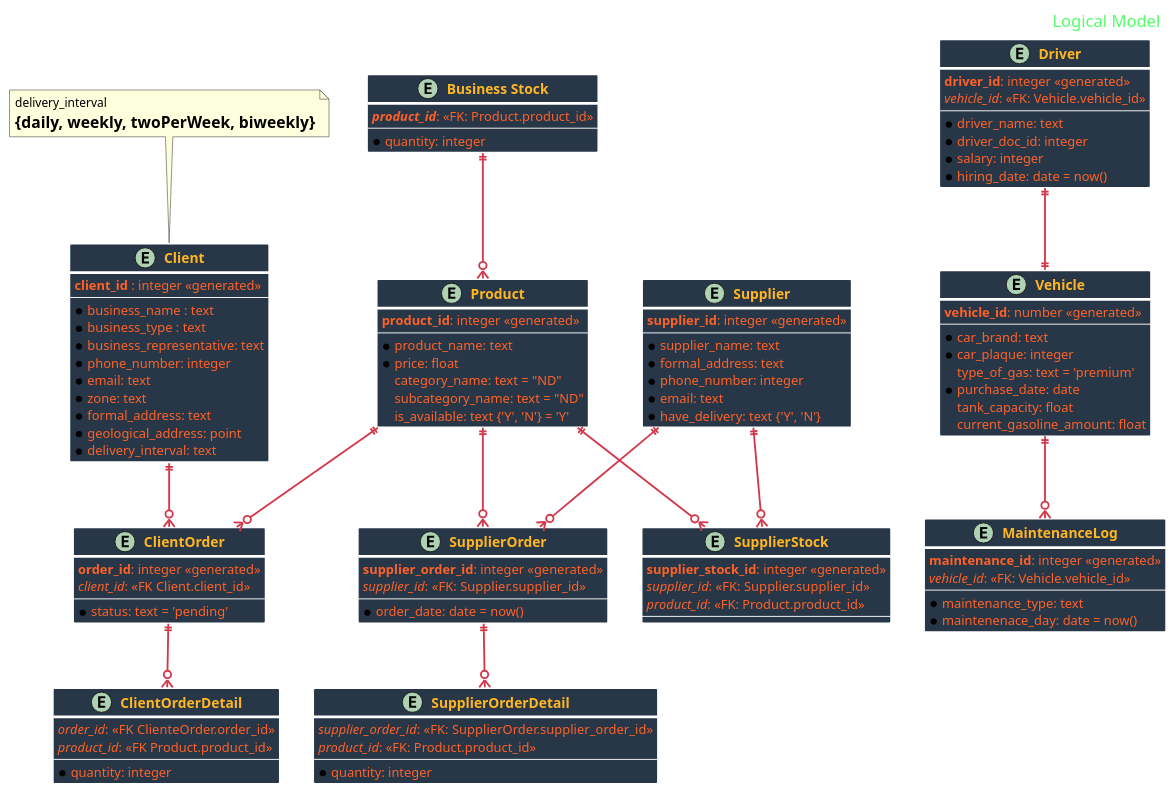
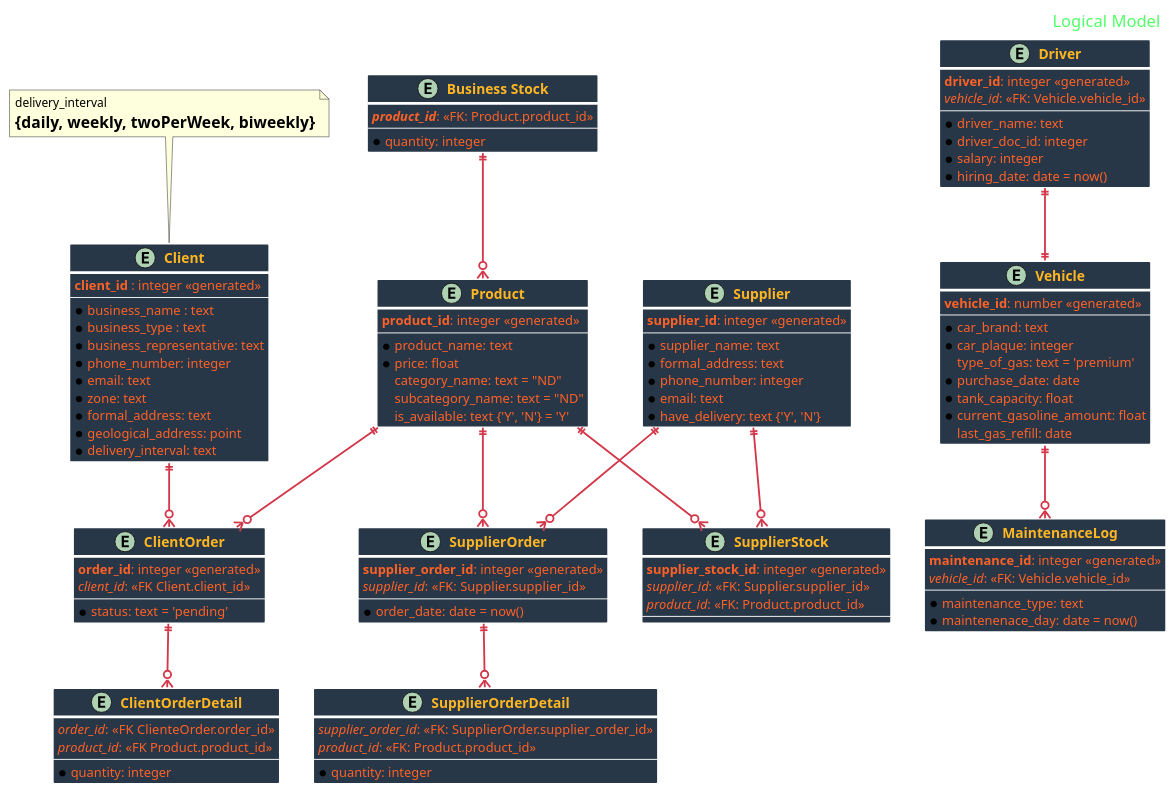
Before and after one commit to hros19/CorreCaminos-management-system: the diagram in logical_diagram.puml, drawn with PlantUML.

```diff
--- a/logical_diagram.puml
+++ b/logical_diagram.puml
@@ -1,145 +1,146 @@
 @startuml Logical Database Model
 
 skinparam BackgroundColor transparent
 
 skinparam HeaderFontColor #52FF69
 skinparam HeaderFontSize 18
 
 skinparam ArrowFontSize 15
 skinparam ArrowColor D3374A
 skinparam ArrowThickness 2
 skinparam ArrowFontColor #3FD0C4
 
 skinparam ClassBorderColor white
 skinparam ClassBorderThickness 3
 skinparam ClassAttributeFontSize 14
 skinparam ClassAttributeFontColor FF6127
 skinparam ClassBackgroundColor #283747
 skinparam ClassFontSize 15
 skinparam ClassFontStyle Bold
 skinparam ClassFontColor #FFB623
 
 
 header Logical Model
 
 entity "Client" as Client {
   **client_id** : integer <<generated>>
   --
   *business_name : text
   *business_type : text
   *business_representative: text
   *phone_number: integer
   *email: text
   *zone: text
   *formal_address: text
   *geological_address: point
   *delivery_interval: text
 }
 note top
   delivery_interval 
   = {daily, weekly, twoPerWeek, biweekly}
 end note
 
 entity "Vehicle" as Vehicle {
     **vehicle_id**: number <<generated>>
     --
     *car_brand: text
     *car_plaque: integer
     type_of_gas: text = 'premium'
     *purchase_date: date
-    tank_capacity: float
-    current_gasoline_amount: float
+    *tank_capacity: float
+    *current_gasoline_amount: float
+    last_gas_refill: date
 }
 
 entity "MaintenanceLog" as MaintenanceLog {
     **maintenance_id**: integer <<generated>>
      //vehicle_id//: <<FK: Vehicle.vehicle_id>> 
     --
     *maintenance_type: text
     *maintenenace_day: date = now()
 }
 
 entity "Driver" as Driver {
     **driver_id**: integer <<generated>>
     //vehicle_id//: <<FK: Vehicle.vehicle_id>>
     --
     *driver_name: text
     *driver_doc_id: integer
     *salary: integer
     *hiring_date: date = now()
 }
 
 entity "ClientOrder" as OrderC{
     **order_id**: integer <<generated>>
     //client_id//: <<FK Client.client_id>>
     --
     *status: text = 'pending'
 }
 
 entity "ClientOrderDetail" as OrderDetail {
     //order_id//: <<FK ClienteOrder.order_id>>
     //product_id//: <<FK Product.product_id>>
     --
     *quantity: integer
 }
 
 entity "Business Stock" as BusinessStock {
     **//product_id//**: <<FK: Product.product_id>>
     --
     *quantity: integer
 }
 
 entity "Supplier" as Supplier {
     **supplier_id**: integer <<generated>>
     --
     *supplier_name: text
     *formal_address: text
     *phone_number: integer
     *email: text
     *have_delivery: text {'Y', 'N'}
 }
 
 entity "Product" as Product {
     **product_id**: integer <<generated>>
     --
     *product_name: text
     *price: float
     category_name: text = "ND"
     subcategory_name: text = "ND"
     is_available: text {'Y', 'N'} = 'Y'
 }
 
 entity "SupplierStock" as SupplierStock {
     **supplier_stock_id**: integer <<generated>>
     //supplier_id//: <<FK: Supplier.supplier_id>>
     //product_id//: <<FK: Product.product_id>>
     --
 }
 
 entity "SupplierOrder" as SupplierOrder {
     **supplier_order_id**: integer <<generated>>
     //supplier_id//: <<FK: Supplier.supplier_id>>
     --
    *order_date: date = now()
 }
 
 entity "SupplierOrderDetail" as SupplierOrderDetail {
     //supplier_order_id//: <<FK: SupplierOrder.supplier_order_id>>
     //product_id//: <<FK: Product.product_id>>
     --
     *quantity: integer
 }
 
 Driver ||--|| Vehicle
 Vehicle ||--o{ MaintenanceLog
 Client ||--o{ OrderC
 Product ||--o{ OrderC
 OrderC ||--o{ OrderDetail
 Supplier ||--o{ SupplierOrder
 Supplier ||--o{ SupplierStock
 Product ||--o{ SupplierStock
 Product ||--o{ SupplierOrder
 BusinessStock ||--o{ Product
 SupplierOrder ||--o{  SupplierOrderDetail
 
 @enduml
```
